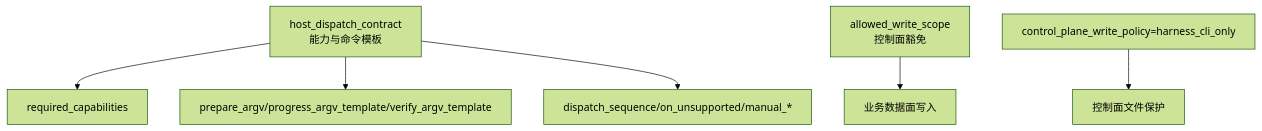
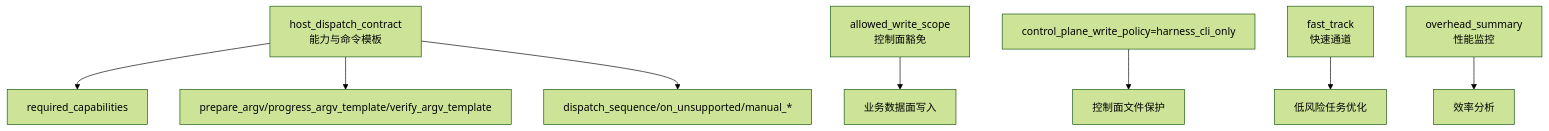
Before and after one commit to HackSing/docs-harness: the tenth of 11 diagrams in .qoder/repowiki/zh/content/核心概念/后台任务模型/后台任务模型.md, drawn with Mermaid (forest theme). The commit also changed other lines of this file and 45 other files, not shown here.

First line of the commit message:
feat(harness): v1.7.6 按变更面选择验证强度、git_commit 受控意图与关键词 Gate 路由移除

````diff
--- a/.qoder/repowiki/zh/content/核心概念/后台任务模型/后台任务模型.md
+++ b/.qoder/repowiki/zh/content/核心概念/后台任务模型/后台任务模型.md
@@ -329,8 +446,10 @@
 ```mermaid
 graph TB
 A["host_dispatch_contract<br/>能力与命令模板"] --> B["required_capabilities"]
 A --> C["prepare_argv/progress_argv_template/verify_argv_template"]
 A --> D["dispatch_sequence/on_unsupported/manual_*"]
 E["allowed_write_scope<br/>控制面豁免"] --> F["业务数据面写入"]
 G["control_plane_write_policy=harness_cli_only"] --> H["控制面文件保护"]
+I["fast_track<br/>快速通道"] --> J["低风险任务优化"]
+K["overhead_summary<br/>性能监控"] --> L["效率分析"]
 ```
````
